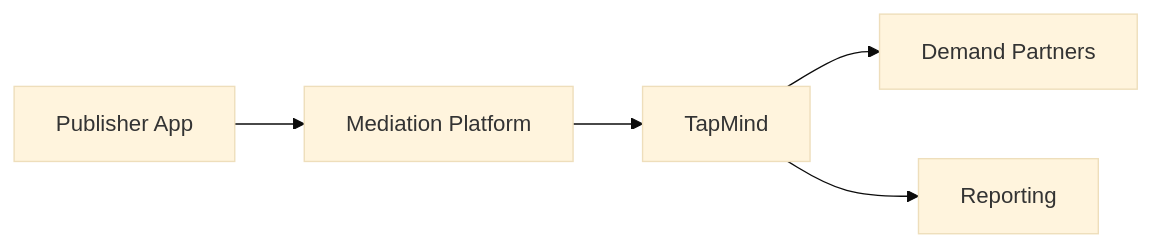
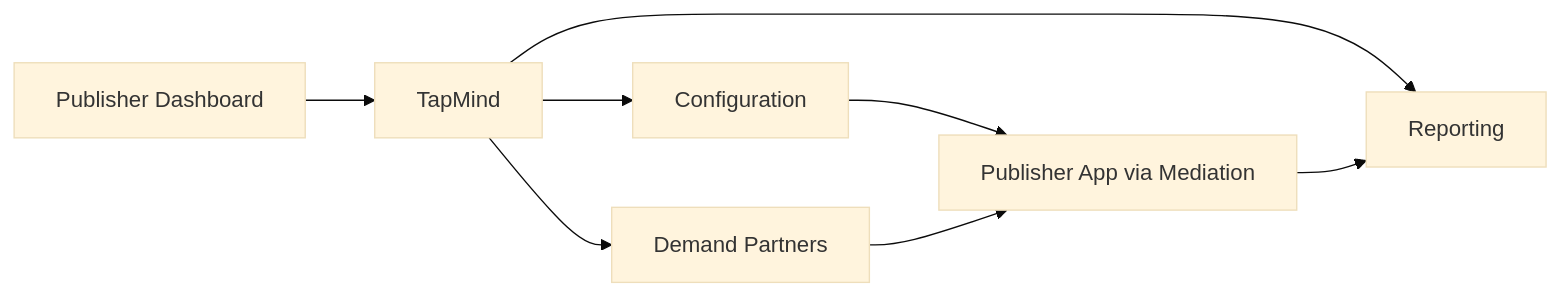
The diagram in docs/getting-started/what-is-tapmind.md (tirthkanzariya201/tapmind), drawn with Mermaid (base theme) before and after one commit. The commit also changed other lines of this file and 1 other file, not shown here.

First line of the commit message:
Rewrite What is TapMind to align with learning journey.

````diff
--- a/docs/getting-started/what-is-tapmind.md
+++ b/docs/getting-started/what-is-tapmind.md
@@ -61,7 +94,10 @@
 ```mermaid
 flowchart LR
-    A[Publisher App] --> B[Mediation Platform]
-    B --> C[TapMind]
-    C --> D[Demand Partners]
-    C --> E[Reporting]
+    A[Publisher Dashboard] --> B[TapMind]
+    B --> C[Configuration]
+    B --> D[Demand Partners]
+    B --> E[Reporting]
+    C --> F[Publisher App via Mediation]
+    D --> F
+    F --> E
 ```
````
